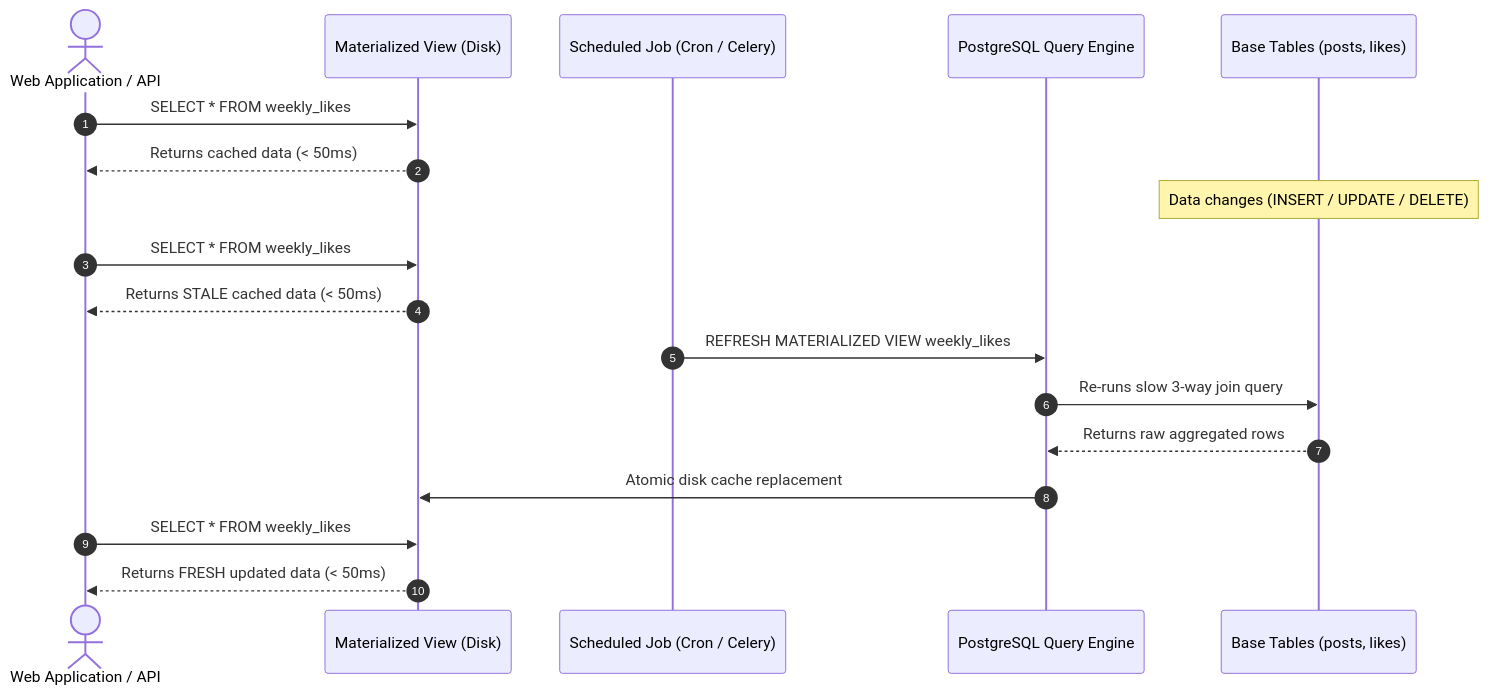
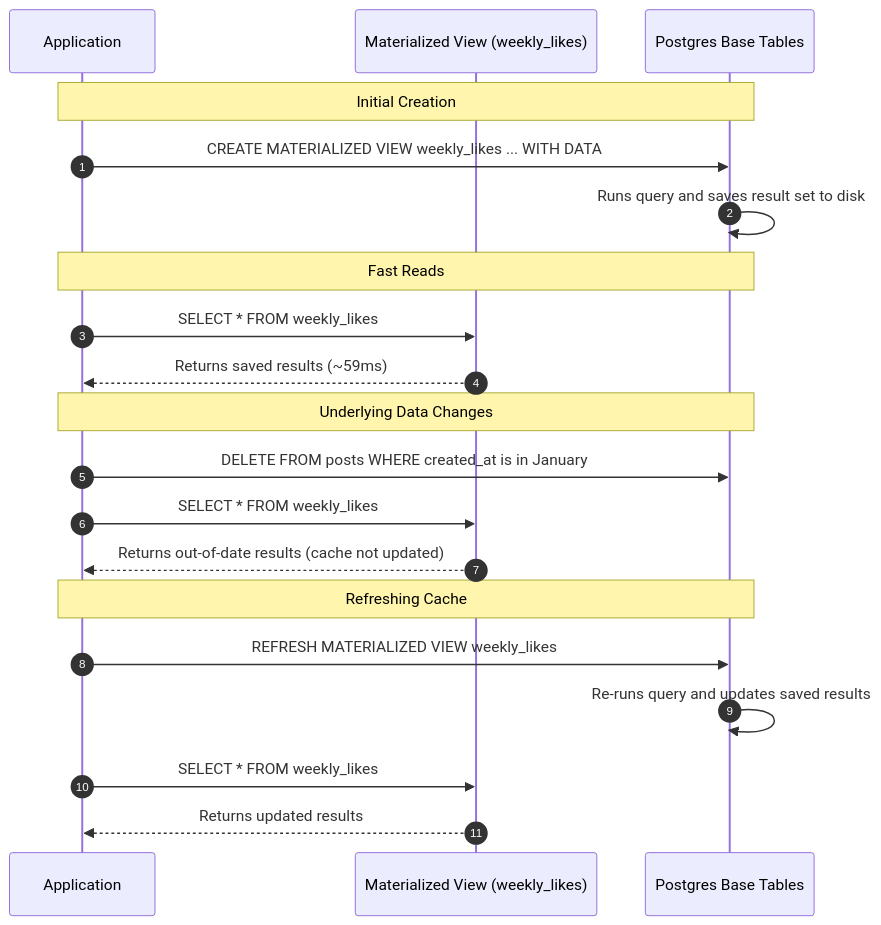
Diagram 21 of 21 in 1-sql-and-postgresql.md (pushkar100/notes-databases), drawn with Mermaid before and after one commit. The commit also changed other lines of this file, not shown here.

````diff
--- a/1-sql-and-postgresql.md
+++ b/1-sql-and-postgresql.md
@@ -6592,24 +6553,26 @@
 ```mermaid
 sequenceDiagram
     autonumber
-    actor Client as Web Application / API
-    participant MV as Materialized View (Disk)
-    participant Worker as Scheduled Job (Cron / Celery)
-    participant Engine as PostgreSQL Query Engine
-    participant Tables as Base Tables (posts, likes)
+    participant App as Application
+    participant MV as Materialized View (weekly_likes)
+    participant DB as Postgres Base Tables
 
-    Client->>MV: SELECT * FROM weekly_likes
-    MV-->>Client: Returns cached data (< 50ms)
+    Note over App,DB: Initial Creation
+    App->>DB: CREATE MATERIALIZED VIEW weekly_likes ... WITH DATA
+    DB->>DB: Runs query and saves result set to disk
 
-    Note over Tables: Data changes (INSERT / UPDATE / DELETE)
-    Client->>MV: SELECT * FROM weekly_likes
-    MV-->>Client: Returns STALE cached data (< 50ms)
+    Note over App,DB: Fast Reads
+    App->>MV: SELECT * FROM weekly_likes
+    MV-->>App: Returns saved results (~59ms)
 
-    Worker->>Engine: REFRESH MATERIALIZED VIEW weekly_likes
-    Engine->>Tables: Re-runs slow 3-way join query
-    Tables-->>Engine: Returns raw aggregated rows
-    Engine->>MV: Atomic disk cache replacement
+    Note over App,DB: Underlying Data Changes
+    App->>DB: DELETE FROM posts WHERE created_at is in January
+    App->>MV: SELECT * FROM weekly_likes
+    MV-->>App: Returns out-of-date results (cache not updated)
 
-    Client->>MV: SELECT * FROM weekly_likes
-    MV-->>Client: Returns FRESH updated data (< 50ms)
+    Note over App,DB: Refreshing Cache
+    App->>DB: REFRESH MATERIALIZED VIEW weekly_likes
+    DB->>DB: Re-runs query and updates saved results
+    App->>MV: SELECT * FROM weekly_likes
+    MV-->>App: Returns updated results
 ```
````
